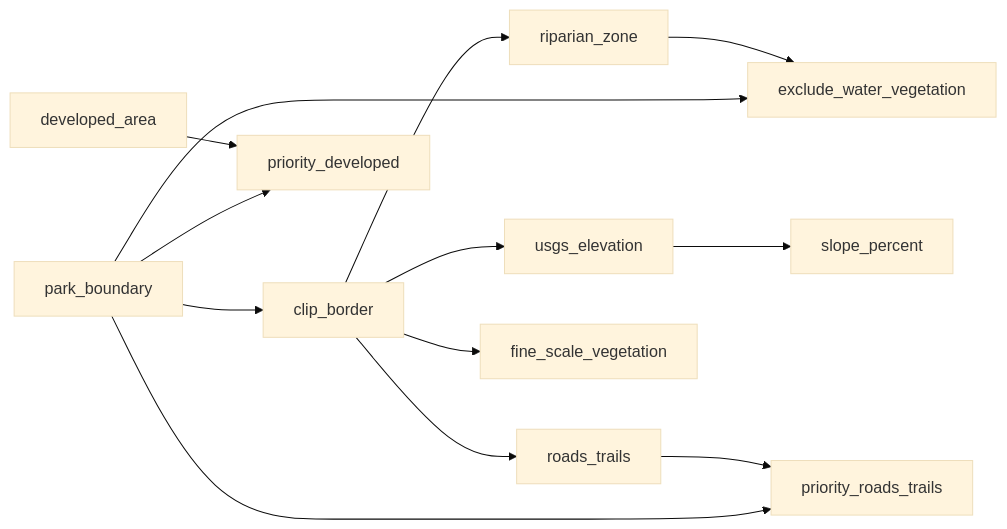
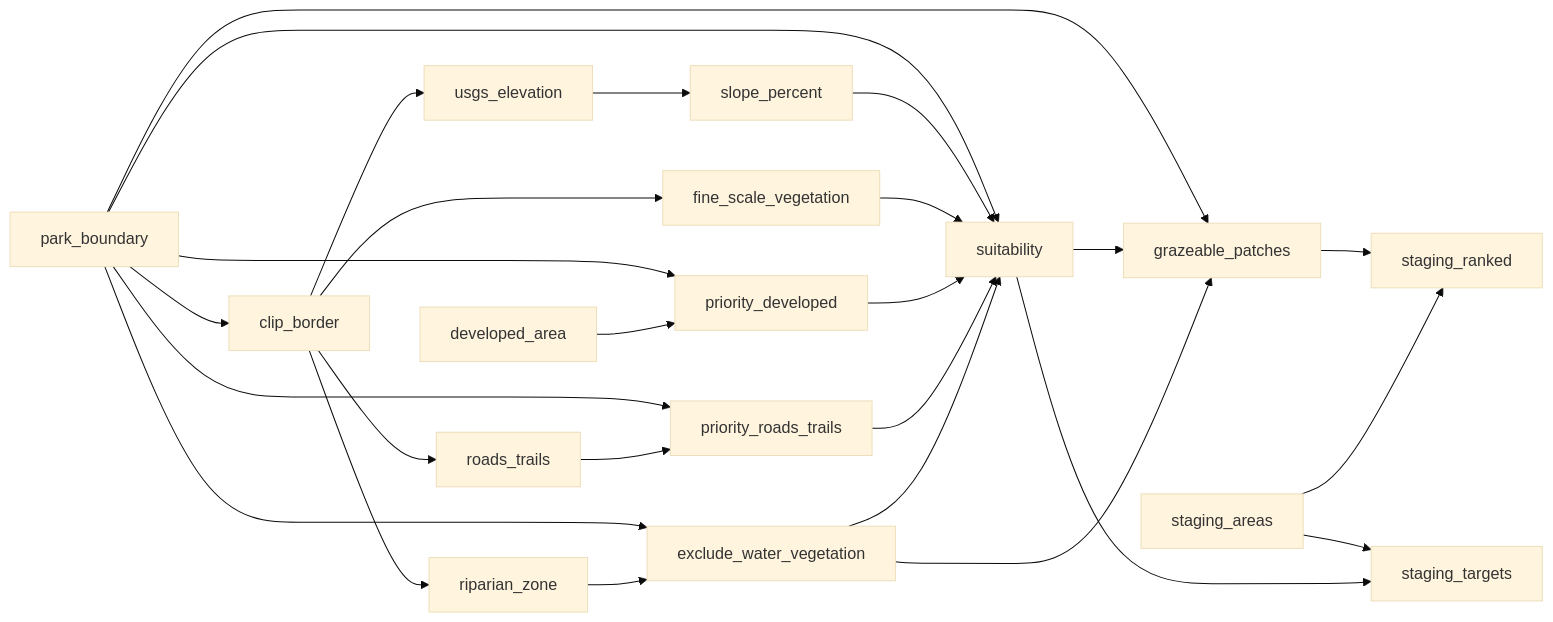
One commit to kielni/alidade changed the diagram in projects/goats/README.md. Above: the diagram before and after it, drawn with Mermaid (base theme). The commit also changed other lines of this file and 10 other files, not shown here.

````diff
--- a/projects/goats/README.md
+++ b/projects/goats/README.md
@@ -82,15 +106,28 @@
 ```mermaid
 flowchart LR
+    grazeable_patches --> staging_ranked
+    staging_areas --> staging_ranked
     park_boundary --> clip_border
+    staging_areas --> staging_targets
+    suitability --> staging_targets
+    park_boundary --> grazeable_patches
+    suitability --> grazeable_patches
+    exclude_water_vegetation --> grazeable_patches
     park_boundary --> exclude_water_vegetation
     riparian_zone --> exclude_water_vegetation
     park_boundary --> priority_roads_trails
     roads_trails --> priority_roads_trails
     park_boundary --> priority_developed
     developed_area --> priority_developed
     clip_border --> riparian_zone
     clip_border --> roads_trails
     usgs_elevation --> slope_percent
     clip_border --> usgs_elevation
     clip_border --> fine_scale_vegetation
+    park_boundary --> suitability
+    slope_percent --> suitability
+    fine_scale_vegetation --> suitability
+    priority_developed --> suitability
+    priority_roads_trails --> suitability
+    exclude_water_vegetation --> suitability
 ```
````
